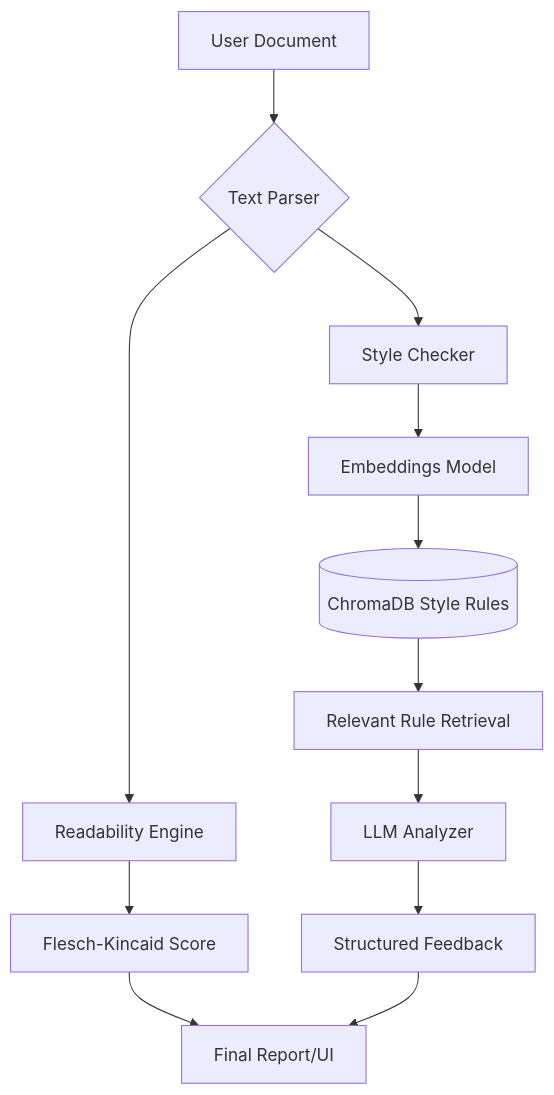
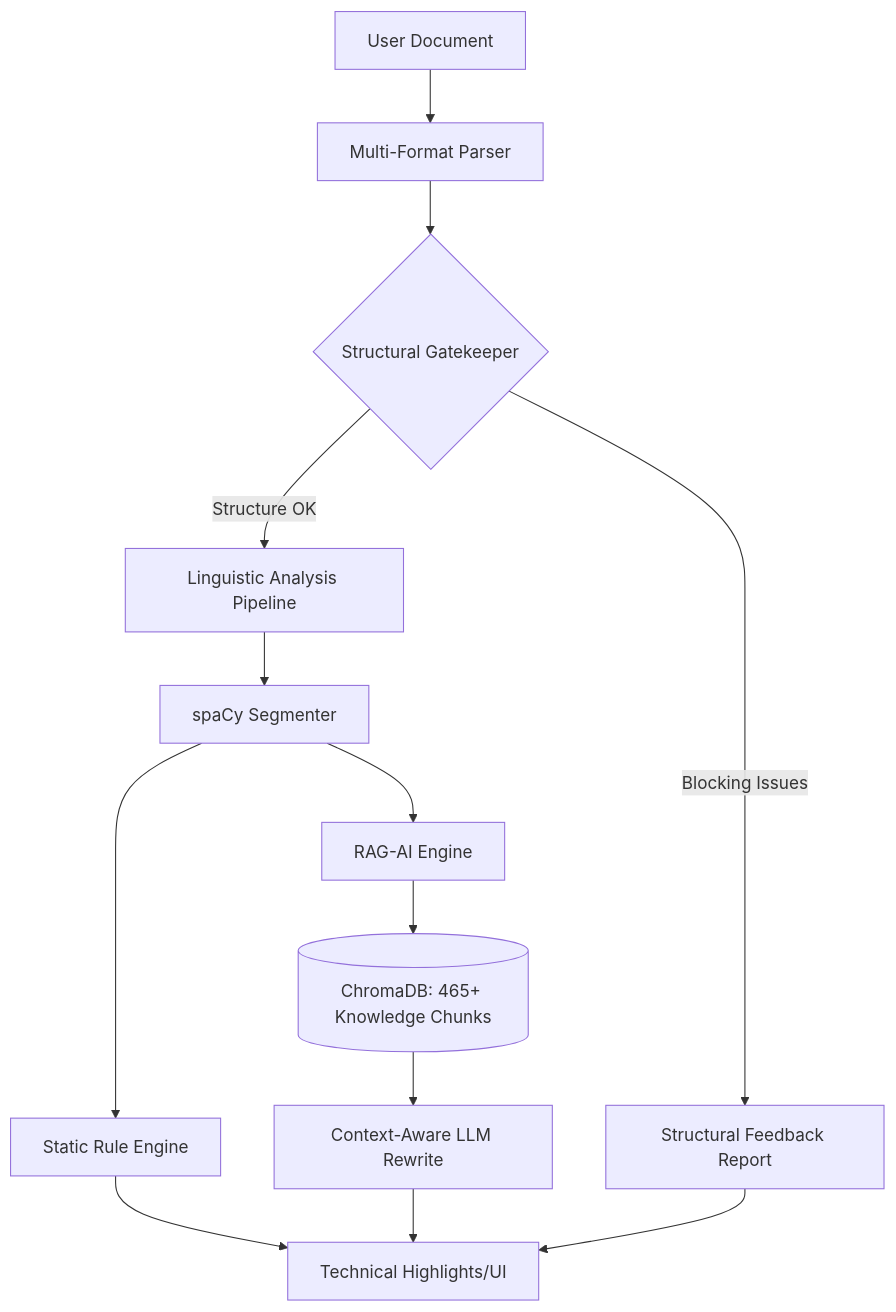
Before and after one commit to Tharun135/Tharun135.github.io: the diagram in docs/samples/doc-scanner/index.md, drawn with Mermaid. The commit also changed other lines of this file and 2 other files, not shown here.

Commit message:
Update DocScanner with comprehensive technical overview

````diff
--- a/docs/samples/doc-scanner/index.md
+++ b/docs/samples/doc-scanner/index.md
@@ -11,17 +11,20 @@
 ```mermaid
 graph TD
-    A[User Document] --> B{Text Parser}
-    B --> C[Readability Engine]
-    B --> D[Style Checker]
+    A[User Document] --> B[Multi-Format Parser]
+    B --> C{Structural Gatekeeper}
     
-    D --> E[Embeddings Model]
-    E --> F[(ChromaDB Style Rules)]
-    F --> G[Relevant Rule Retrieval]
-    G --> H[LLM Analyzer]
+    C -->|Blocking Issues| D[Structural Feedback Report]
+    C -->|Structure OK| E[Linguistic Analysis Pipeline]
     
-    C --> I[Flesch-Kincaid Score]
-    H --> J[Structured Feedback]
+    E --> F[spaCy Segmenter]
     
-    I --> K[Final Report/UI]
+    F --> G[Static Rule Engine]
+    F --> H[RAG-AI Engine]
+    
+    H --> I[(ChromaDB: 465+ Knowledge Chunks)]
+    I --> J[Context-Aware LLM Rewrite]
+    
+    G --> K[Technical Highlights/UI]
     J --> K
+    D --> K
 ```
````
